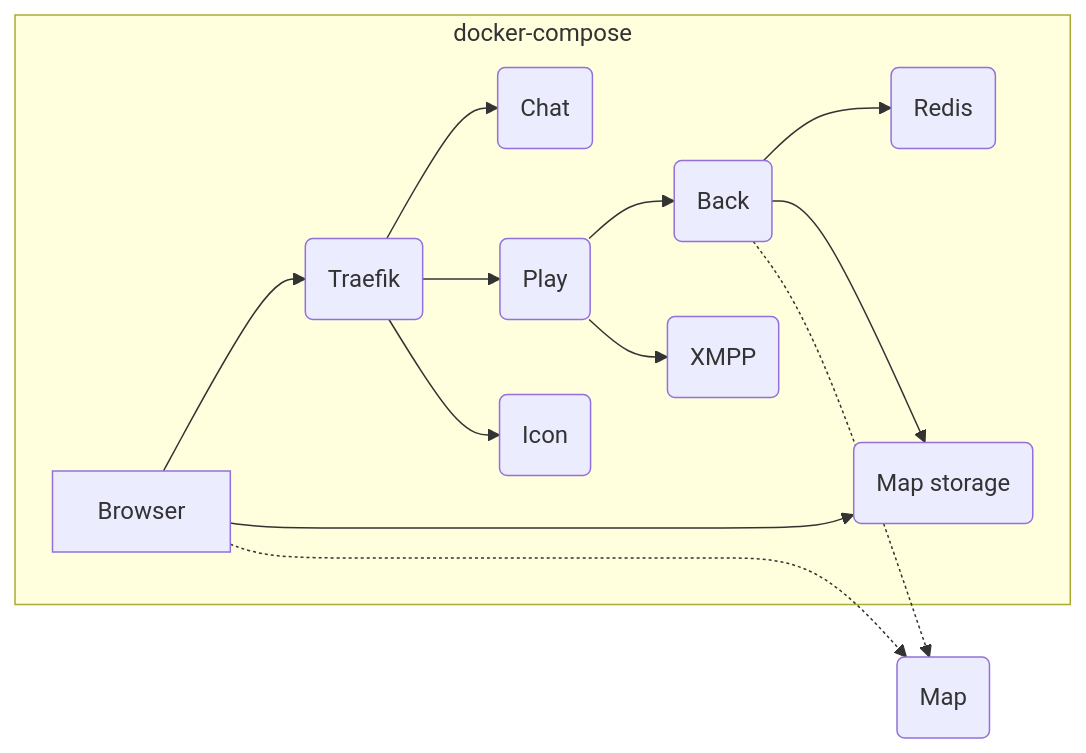
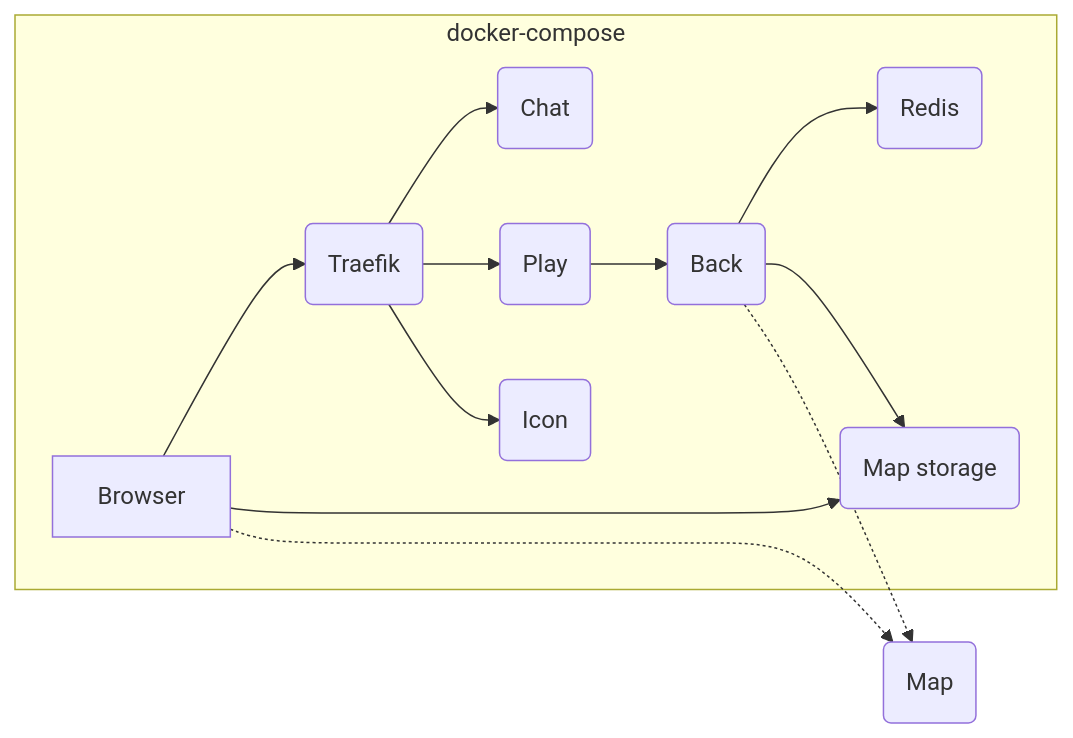
One commit to workadventure/workadventure changed the diagram in contrib/docker/README.md. Above: the diagram before and after it, drawn with Mermaid. The commit also changed other lines of this file and 5 other files, not shown here.

````diff
--- a/contrib/docker/README.md
+++ b/contrib/docker/README.md
@@ -37,16 +36,15 @@
 ```mermaid
 graph LR
     A[Browser] --> B(Traefik)
     subgraph docker-compose
     B --> I(Chat)
     B --> D(Play)
     B --> E(Icon)
     D --> F(Back)
     F --> G(Redis)
-    D --> J(XMPP)
     F --> K(Map storage)
     A --> K(Map storage)
     end
     A .-> H(Map)
     F .-> H
 ```
````
